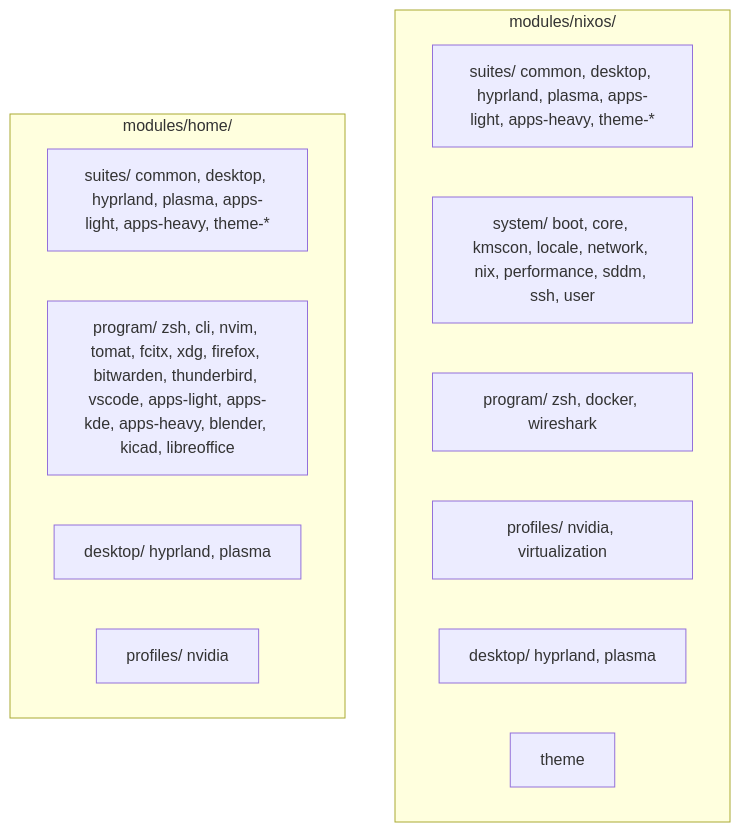
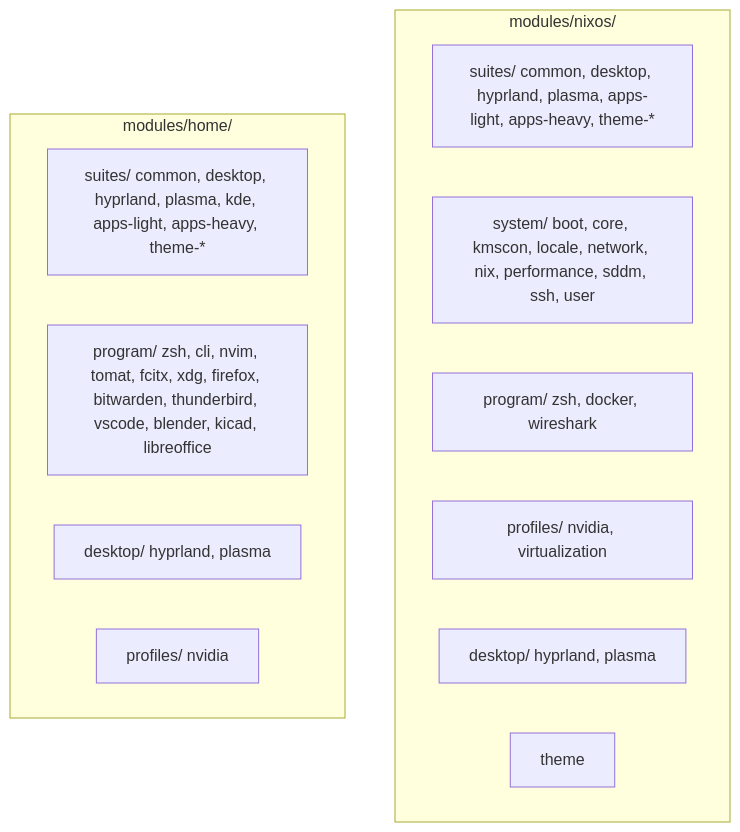
One commit to vixhentx/nixos changed the third of 4 diagrams in docs/ARCHITECTURE.md. Above: the diagram before and after it, drawn with Mermaid. The commit also changed other lines of this file and 10 other files, not shown here.

````diff
--- a/docs/ARCHITECTURE.md
+++ b/docs/ARCHITECTURE.md
@@ -68,18 +68,18 @@
 ```mermaid
 graph TD
     subgraph "modules/nixos/"
         ns["suites/ common, desktop, hyprland, plasma, apps-light, apps-heavy, theme-*"]
         ns2["system/ boot, core, kmscon, locale, network, nix, performance, sddm, ssh, user"]
         ns3["program/ zsh, docker, wireshark"]
         ns4["profiles/ nvidia, virtualization"]
         ns5["desktop/ hyprland, plasma"]
         ns6["theme"]
     end
 
     subgraph "modules/home/"
-        hs["suites/ common, desktop, hyprland, plasma, apps-light, apps-heavy, theme-*"]
-        hs2["program/ zsh, cli, nvim, tomat, fcitx, xdg, firefox, bitwarden, thunderbird, vscode, apps-light, apps-kde, apps-heavy, blender, kicad, libreoffice"]
+        hs["suites/ common, desktop, hyprland, plasma, kde, apps-light, apps-heavy, theme-*"]
+        hs2["program/ zsh, cli, nvim, tomat, fcitx, xdg, firefox, bitwarden, thunderbird, vscode, blender, kicad, libreoffice"]
         hs3["desktop/ hyprland, plasma"]
         hs4["profiles/ nvidia"]
     end
 ```
````
